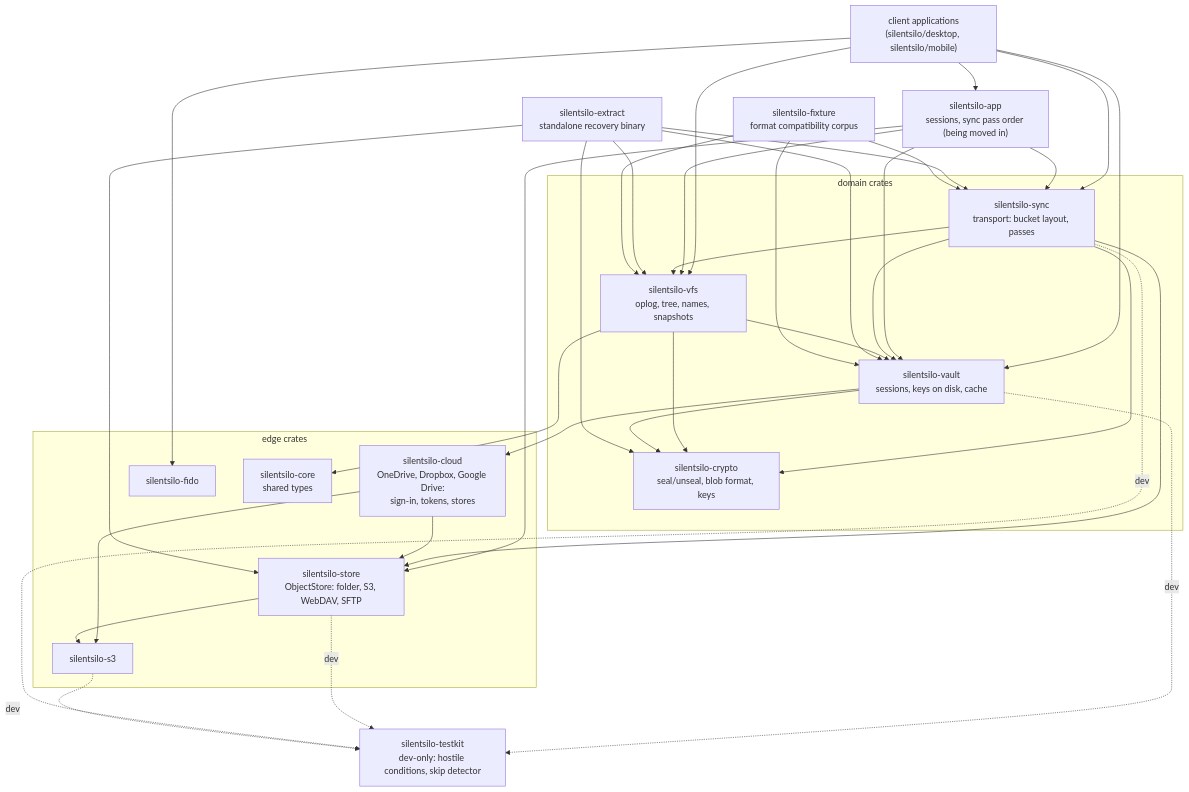
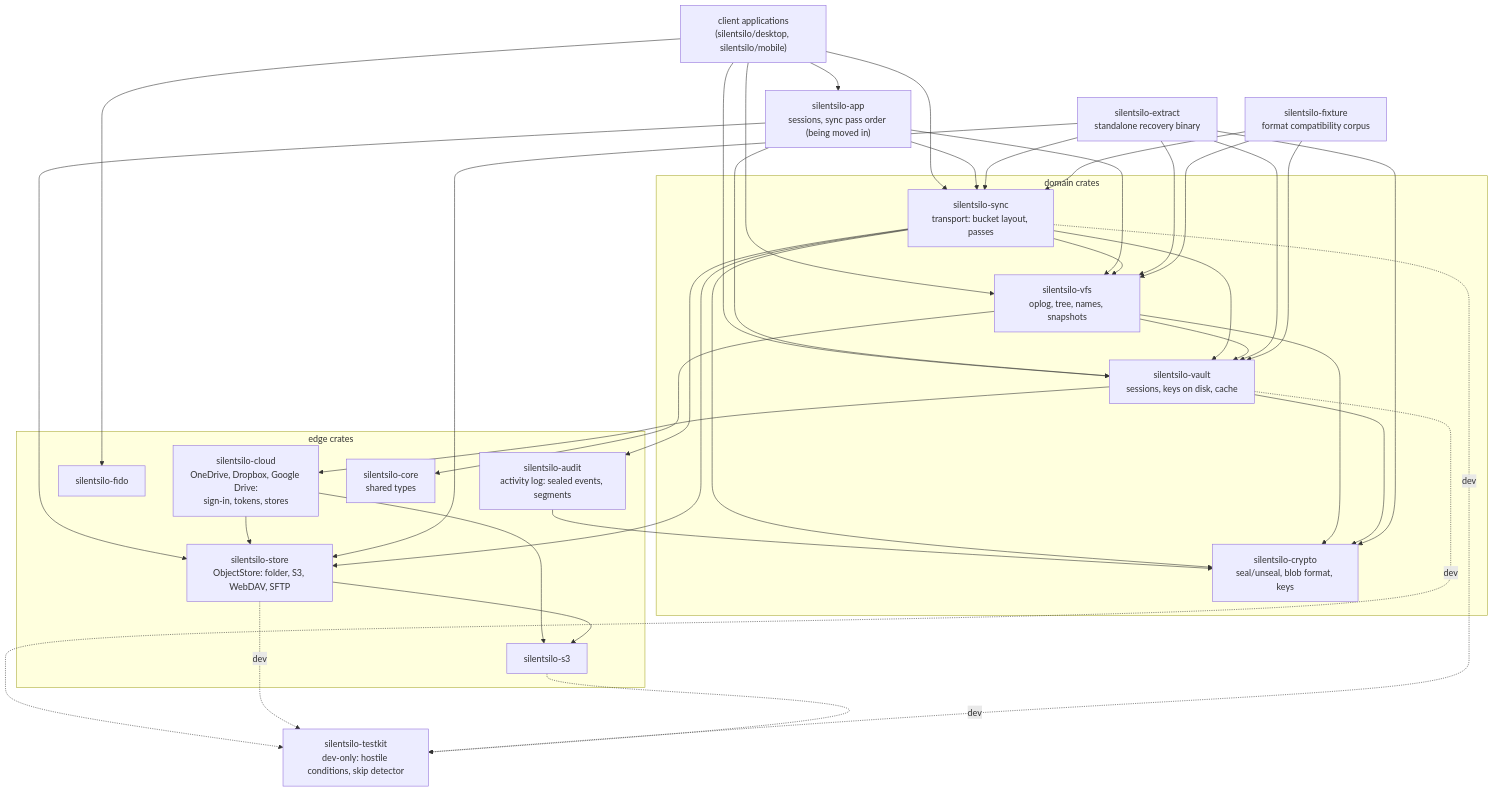
Before and after one commit to silentsilo/core: the first of 4 diagrams in docs/ARCHITECTURE.md, drawn with Mermaid. The commit also changed 17 other files, not shown here.

First line of the commit message:
Activity log format (silentsilo-audit), nothing writes it yet

````diff
--- a/docs/ARCHITECTURE.md
+++ b/docs/ARCHITECTURE.md
@@ -34,32 +34,34 @@
 ```mermaid
 flowchart TD
     subgraph domain["domain crates"]
         VFS["silentsilo-vfs<br/>oplog, tree, names, snapshots"]
         VAULT["silentsilo-vault<br/>sessions, keys on disk, cache"]
         SYNC["silentsilo-sync<br/>transport: bucket layout, passes"]
         CRYPTO["silentsilo-crypto<br/>seal/unseal, blob format, keys"]
     end
     subgraph edge["edge crates"]
         STORE["silentsilo-store<br/>ObjectStore: folder, S3, WebDAV, SFTP"]
         CLOUD["silentsilo-cloud<br/>OneDrive, Dropbox, Google Drive:<br/>sign-in, tokens, stores"]
         S3C["silentsilo-s3"]
         FIDO["silentsilo-fido"]
+    AUDIT["silentsilo-audit<br/>activity log: sealed events, segments"]
         CORE["silentsilo-core<br/>shared types"]
     end
     APP["silentsilo-app<br/>sessions, sync pass order (being moved in)"]
     EXTRACT["silentsilo-extract<br/>standalone recovery binary"]
     FIXTURE["silentsilo-fixture<br/>format compatibility corpus"]
     TESTKIT["silentsilo-testkit<br/>dev-only: hostile conditions, skip detector"]
     CLIENT["client applications<br/>(silentsilo/desktop, silentsilo/mobile)"]
 
     CLIENT --> APP & VFS & VAULT & SYNC & FIDO
     APP --> SYNC & VFS & VAULT & STORE
-    SYNC --> VFS & VAULT & CRYPTO & STORE
+    SYNC --> VFS & VAULT & CRYPTO & STORE & AUDIT
+    AUDIT --> CRYPTO
     VFS --> VAULT & CRYPTO & CORE
     VAULT --> CRYPTO & CLOUD
     CLOUD --> STORE & S3C
     STORE --> S3C
     EXTRACT --> SYNC & VFS & VAULT & CRYPTO & STORE
     FIXTURE --> SYNC & VFS & VAULT
     VAULT & STORE & SYNC & S3C -.dev.-> TESTKIT
 ```
````
